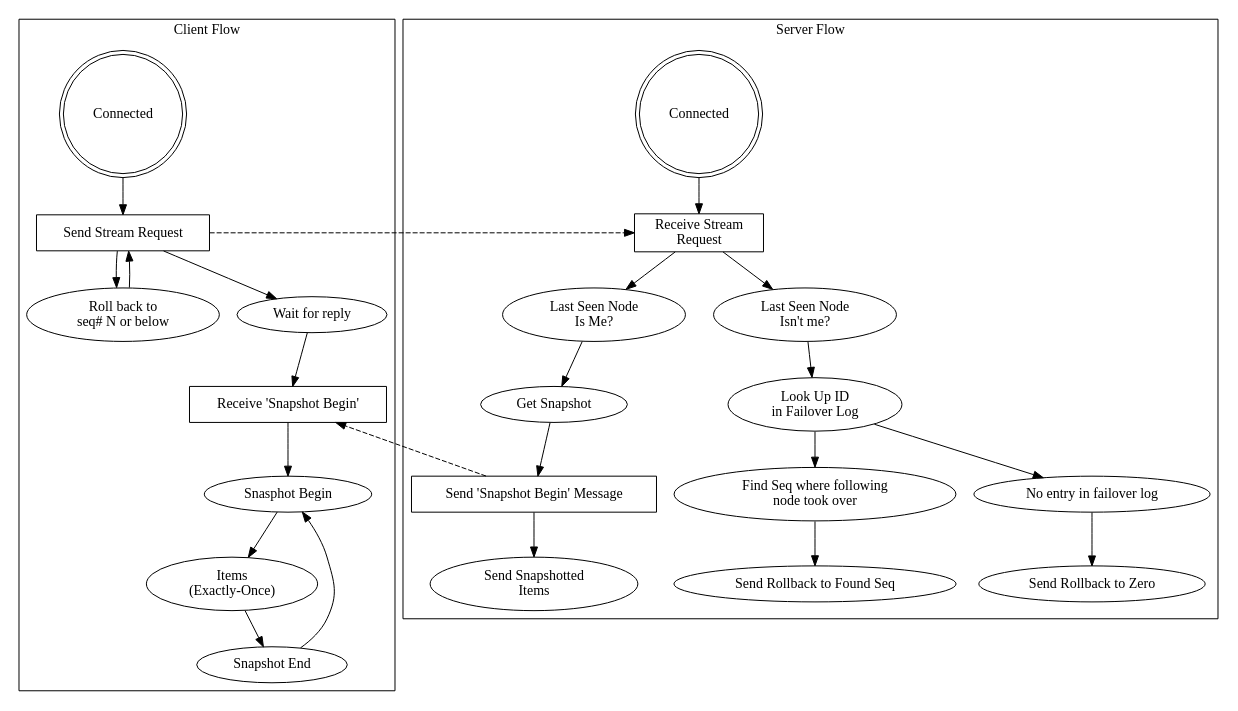
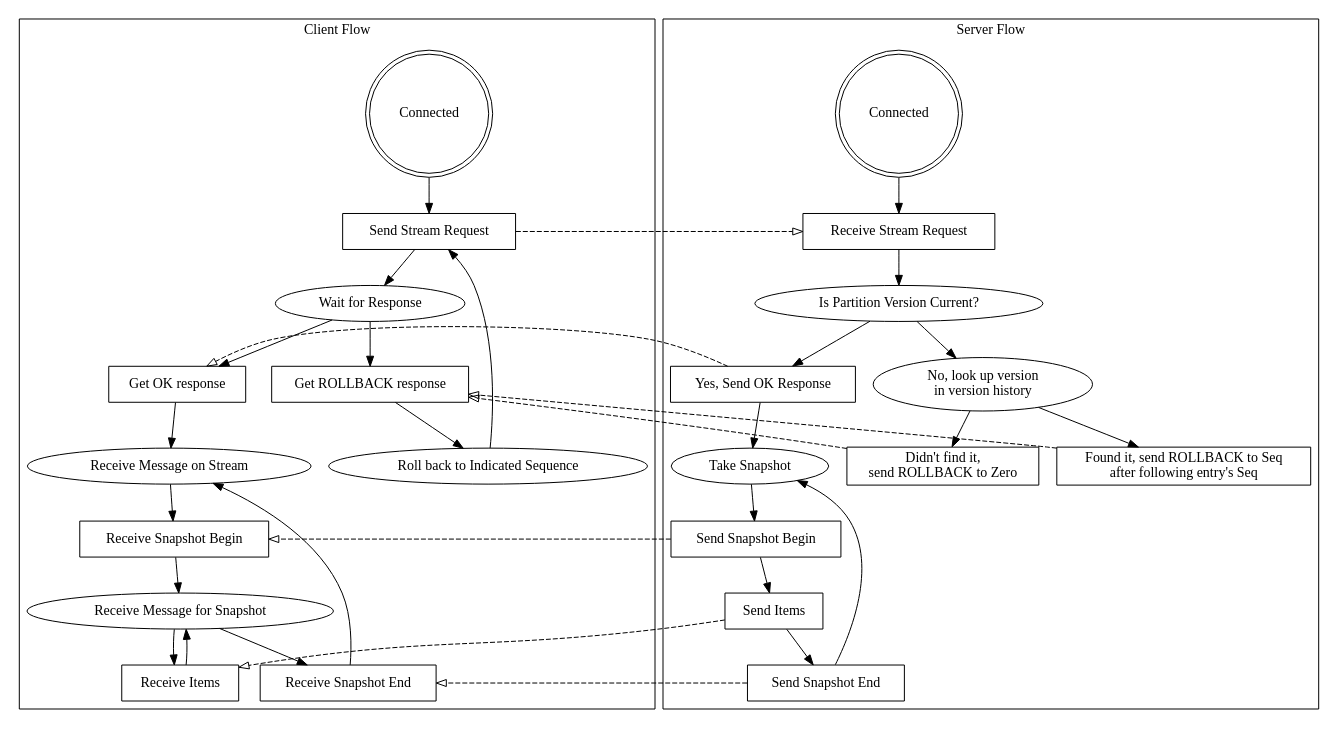
One commit to couchbaselabs/dcp-documentation changed the diagram in protospec/flow0.dot. Above: the diagram before and after it, drawn with Graphviz. The commit also changed 7 other files, not shown here.

Commit message:
added description of client flow

```diff
--- a/protospec/flow0.dot
+++ b/protospec/flow0.dot
@@ -1,69 +1,68 @@
 digraph {
-    //node[shape="rect"];
-
-    subgraph clusterC {
-        label="Client Flow";
-        start [label="Connected", shape="doublecircle"];
-        sendsrq [label="Send Stream Request", shape="rect"];
-        rollback [label="Roll back to\nseq# N or below"];
-        snapbegin [label="Snasphot Begin"];
-        items [label="Items\n(Exactly-Once)"];
-        snapend [label="Snapshot End"];
-
-        sbegintr [label="Receive 'Snapshot Begin'", shape=rect];
-
-        waitrepl [label="Wait for reply"];
-
-        start->sendsrq;
-        sendsrq->rollback;
-        sendsrq->waitrepl;
-        waitrepl->sbegintr;
-
-        rollback->sendsrq;
-        sbegintr->snapbegin;
-        snapbegin->items;
-        items->snapend;
-        snapend->snapbegin;
-    }
-
-    sendsrq -> recvsrq [constraint=false, style=dashed];
-    ssbmesg -> sbegintr [constraint=false, style=dashed];
-
-    subgraph clusterS {
-        label="Server Flow";
-        sstart [label="Connected", shape="doublecircle"];
-        recvsrq [shape="rect", label="Receive Stream\nRequest"];
-
-        ssmine [label="Last Seen Node\nIs Me?"];
-        sstake [label="Get Snapshot"];
-        sssend [label="Send Snapshotted\nItems"];
-
-        ssdiff [label="Last Seen Node\nIsn't me?"];
-        slookup [label="Look Up ID\nin Failover Log"];
-
-        findnext [label="Find Seq where following\nnode took over"];
-        sendrb [label="Send Rollback to Found Seq"];
-        notfound [label="No entry in failover log"];
-        sendzero [label="Send Rollback to Zero"];
-
-        slookup->findnext;
-        findnext->sendrb;
-        //sendrb->recvsrq;
-
-        slookup->notfound;
-        notfound->sendzero;
-        //sendzero->recvsrq;
-
-        ssbmesg [label="Send 'Snapshot Begin' Message"
-                 shape="rect"];
-        sstart->recvsrq;
-        recvsrq->ssmine;
-        recvsrq->ssdiff;
-        ssmine->sstake;
-        sstake->ssbmesg;
-        ssbmesg->sssend;
-        ssdiff->slookup;
-
-    }
-
-}
+subgraph cluster_client {
+graph [label="Client Flow"];
+g1_connected [label=Connected,shape=doublecircle];
+g1_connected -> send_srq;
+send_srq [shape=rect,label="Send Stream Request"];
+send_srq -> g1_wait_for_response;
+g1_wait_for_response [label="Wait for Response"];
+g1_wait_for_response -> recv_rollback;
+g1_wait_for_response -> recv_ok;
+recv_rollback [shape=rect,label="Get ROLLBACK response"];
+recv_rollback -> g1_roll_back_to_indicated_sequence;
+g1_roll_back_to_indicated_sequence [label="Roll back to Indicated Sequence"];
+g1_roll_back_to_indicated_sequence -> send_srq;
+send_srq [label="Send Stream Request"];
+recv_ok [shape=rect,label="Get OK response"];
+recv_ok -> g1_receive_message_on_stream;
+g1_receive_message_on_stream [label="Receive Message on Stream"];
+g1_receive_message_on_stream -> recv_sbegin;
+recv_sbegin [shape=rect,label="Receive Snapshot Begin"];
+recv_sbegin -> g1_receive_message_for_snapshot;
+g1_receive_message_for_snapshot [label="Receive Message for Snapshot"];
+g1_receive_message_for_snapshot -> recv_items;
+g1_receive_message_for_snapshot -> recv_send;
+recv_items [shape=rect,label="Receive Items"];
+recv_items -> g1_receive_message_for_snapshot;
+g1_receive_message_for_snapshot [label="Receive Message for Snapshot"];
+recv_send [shape=rect,label="Receive Snapshot End"];
+recv_send -> g1_receive_message_on_stream;
+g1_receive_message_on_stream [label="Receive Message on Stream"];
+} ;
+subgraph cluster_server {
+graph [label="Server Flow"];
+g2_connected [label=Connected,shape=doublecircle];
+g2_connected -> recv_srq;
+recv_srq [shape=rect,label="Receive Stream Request"];
+recv_srq -> g2_is_partition_version_current_;
+g2_is_partition_version_current_ [label="Is Partition Version Current?"];
+g2_is_partition_version_current_ -> send_ok;
+g2_is_partition_version_current_ -> g2_no_look_up_version_in_version_history;
+send_ok [shape=rect,label="Yes, Send OK Response"];
+send_ok -> g2_take_snapshot;
+g2_take_snapshot [label="Take Snapshot"];
+g2_take_snapshot -> send_sbegin;
+send_sbegin [shape=rect,label="Send Snapshot Begin"];
+send_sbegin -> send_items;
+send_items [shape=rect,label="Send Items"];
+send_items -> send_send;
+send_send [shape=rect,label="Send Snapshot End"];
+send_send -> g2_take_snapshot;
+g2_take_snapshot [label="Take Snapshot"];
+g2_no_look_up_version_in_version_history [label="No, look up version
+in version history"];
+g2_no_look_up_version_in_version_history -> send_zero;
+g2_no_look_up_version_in_version_history -> send_rollback;
+send_zero [shape=rect,label="Didn't find it,
+send ROLLBACK to Zero"];
+send_rollback [shape=rect,label="Found it, send ROLLBACK to Seq
+after following entry's Seq"];
+} ;
+send_zero -> recv_rollback [constraint=false,style=dashed,arrowhead=onormal];
+send_srq -> recv_srq [constraint=false,style=dashed,arrowhead=onormal];
+send_ok -> recv_ok [constraint=false,style=dashed,arrowhead=onormal];
+send_sbegin -> recv_sbegin [constraint=false,style=dashed,arrowhead=onormal];
+send_send -> recv_send [constraint=false,style=dashed,arrowhead=onormal];
+send_items -> recv_items [constraint=false,style=dashed,arrowhead=onormal];
+send_rollback -> recv_rollback [constraint=false,style=dashed,arrowhead=onormal];
+} 
```
